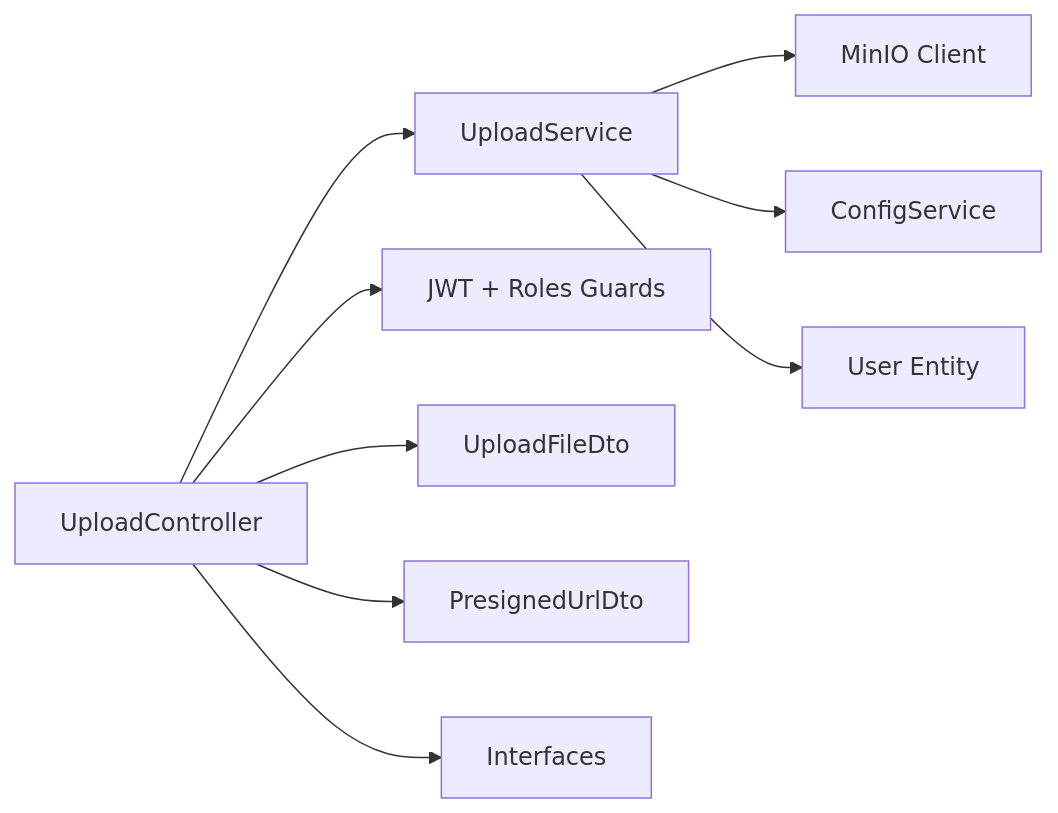
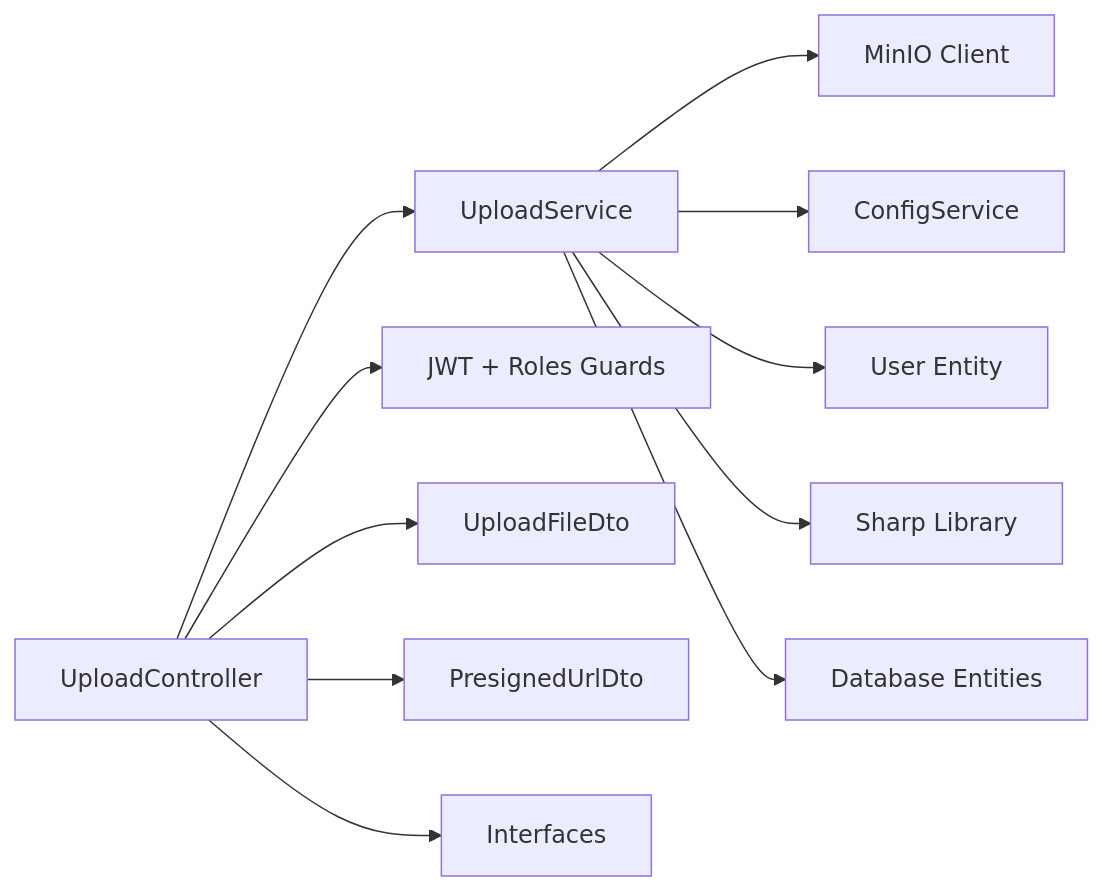
One commit to macintoshUserchg/nest_js_gym_backend_current changed the fifth of 5 diagrams in .qoder/repowiki/en/content/Core Modules & Features/File Management & Upload.md. Above: the diagram before and after it, drawn with Mermaid. The commit also changed other lines of this file and 6 other files, not shown here.

````diff
--- a/.qoder/repowiki/en/content/Core Modules & Features/File Management & Upload.md
+++ b/.qoder/repowiki/en/content/Core Modules & Features/File Management & Upload.md
@@ -311,11 +426,13 @@
 ```mermaid
 graph LR
 UC["UploadController"] --> US["UploadService"]
 US --> MC["MinIO Client"]
 US --> CFG["ConfigService"]
 UC --> GUARDS["JWT + Roles Guards"]
 US --> ENT["User Entity"]
 UC --> DTO1["UploadFileDto"]
 UC --> DTO2["PresignedUrlDto"]
 UC --> IFACE["Interfaces"]
+US --> SHARP["Sharp Library"]
+US --> ENTITIES["Database Entities"]
 ```
````
